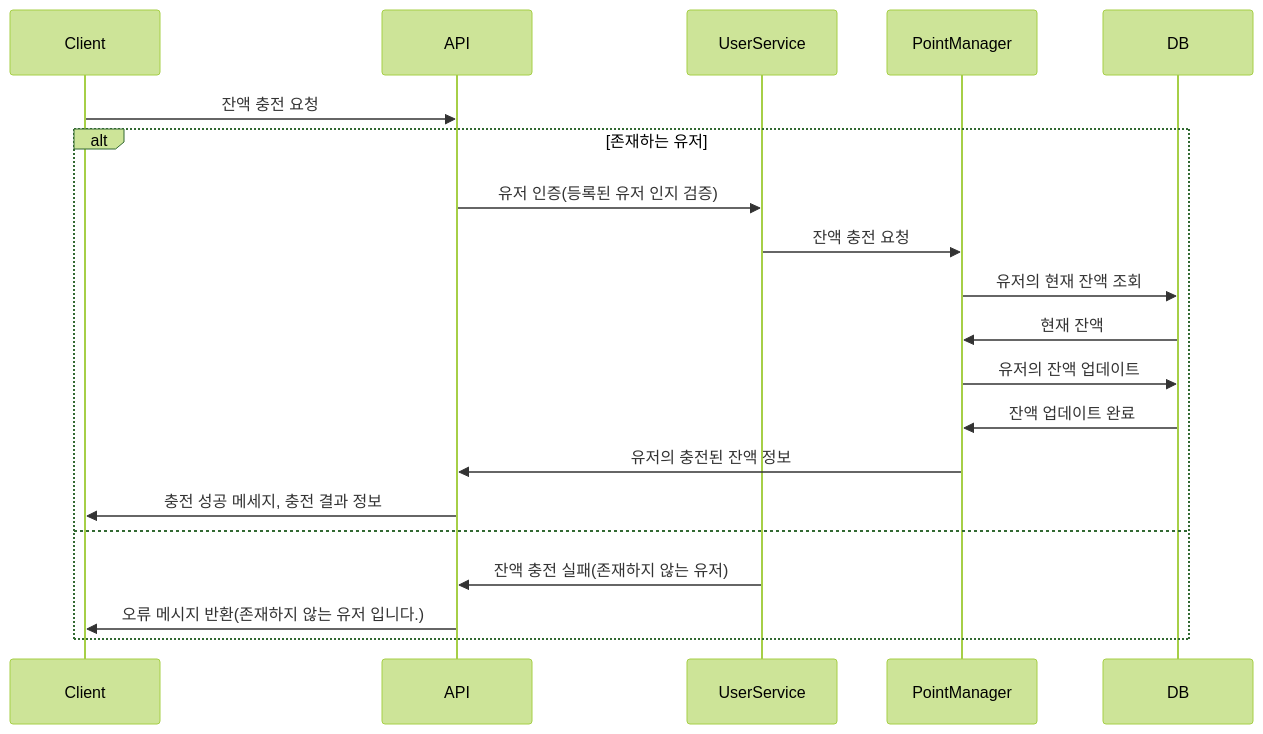
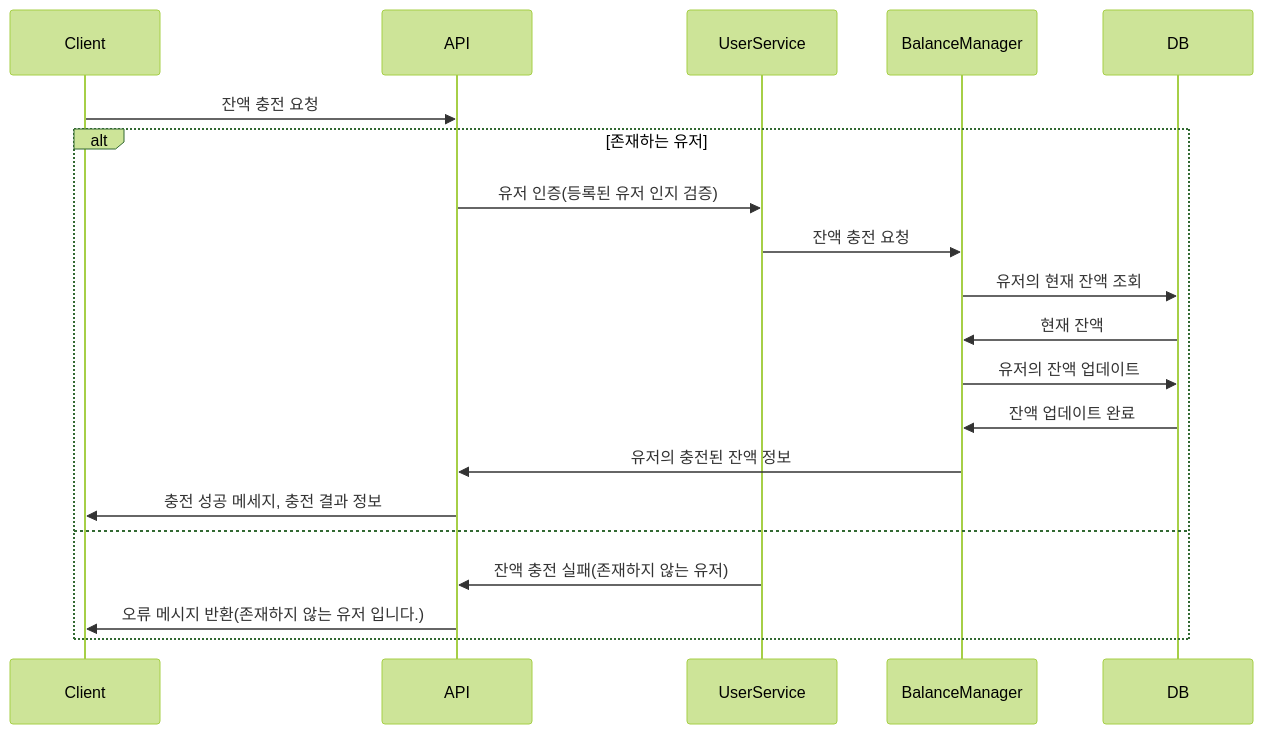
The first of 7 diagrams in docs/EventSequence.md (LeeJeongGi/hhplus-03-ecommerce), drawn with Mermaid (forest theme) before and after one commit. The commit also changed other lines of this file and 2 other files, not shown here.

Commit message:
feat : ERD 작성 및 이벤트 시퀀스시 PointManager -> BalanceManger 이름 수정

````diff
--- a/docs/EventSequence.md
+++ b/docs/EventSequence.md
@@ -4,23 +4,23 @@
 ```mermaid
 sequenceDiagram
     participant Client
     participant API
     participant UserService
-    participant PointManager
+    participant BalanceManager
     participant DB
 
     Client ->> API:잔액 충전 요청
     alt 존재하는 유저
         API ->> UserService: 유저 인증(등록된 유저 인지 검증)
-        UserService ->> PointManager: 잔액 충전 요청
-        PointManager ->> DB: 유저의 현재 잔액 조회
-        DB ->> PointManager: 현재 잔액
-        PointManager ->> DB: 유저의 잔액 업데이트
-        DB ->> PointManager: 잔액 업데이트 완료
-        PointManager ->> API: 유저의 충전된 잔액 정보
+        UserService ->> BalanceManager: 잔액 충전 요청
+        BalanceManager ->> DB: 유저의 현재 잔액 조회
+        DB ->> BalanceManager: 현재 잔액
+        BalanceManager ->> DB: 유저의 잔액 업데이트
+        DB ->> BalanceManager: 잔액 업데이트 완료
+        BalanceManager ->> API: 유저의 충전된 잔액 정보
         API ->> Client: 충전 성공 메세지, 충전 결과 정보
     else
         UserService ->> API: 잔액 충전 실패(존재하지 않는 유저)
         API ->> Client: 오류 메시지 반환(존재하지 않는 유저 입니다.)
     end
 ```
````
